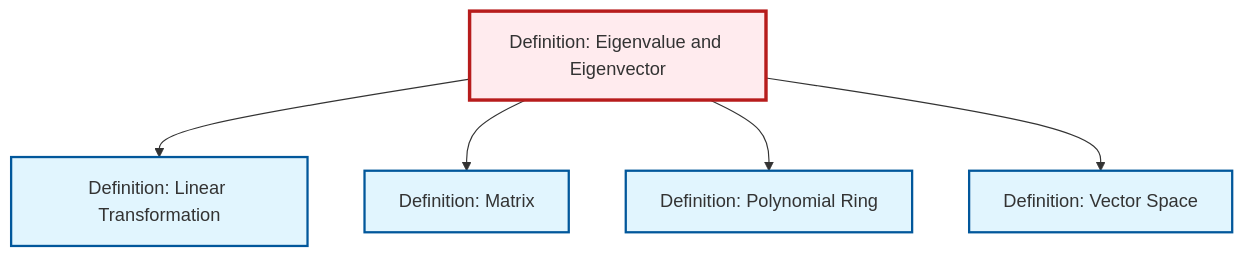
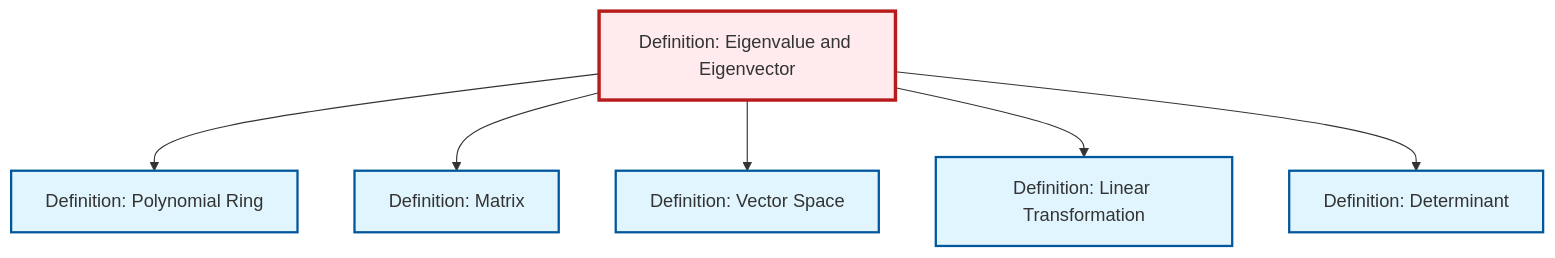
The diagram in content/ja/algebra/def-eigenvalue-eigenvector.qmd (RK0429/ModernMath), drawn with Mermaid before and after one commit. The commit also changed 531 other files, not shown here.

````diff
--- a/content/ja/algebra/def-eigenvalue-eigenvector.qmd
+++ b/content/ja/algebra/def-eigenvalue-eigenvector.qmd
@@ -77,23 +77,26 @@
 ```{mermaid}
 %%| fig-cap: "Local dependency graph"
 graph TD
     classDef definition fill:#e1f5fe,stroke:#01579b,stroke-width:2px
     classDef theorem fill:#f3e5f5,stroke:#4a148c,stroke-width:2px
     classDef axiom fill:#fff3e0,stroke:#e65100,stroke-width:2px
     classDef example fill:#e8f5e9,stroke:#1b5e20,stroke-width:2px
     classDef current fill:#ffebee,stroke:#b71c1c,stroke-width:3px
+    def-determinant["Definition: Determinant"]:::definition
+    def-linear-transformation["Definition: Linear Transformation"]:::definition
     def-eigenvalue-eigenvector["Definition: Eigenvalue and Eigenvector"]:::definition
     def-vector-space["Definition: Vector Space"]:::definition
     def-matrix["Definition: Matrix"]:::definition
-    def-linear-transformation["Definition: Linear Transformation"]:::definition
     def-polynomial-ring["Definition: Polynomial Ring"]:::definition
+    def-eigenvalue-eigenvector --> def-polynomial-ring
+    def-eigenvalue-eigenvector --> def-matrix
+    def-eigenvalue-eigenvector --> def-vector-space
     def-eigenvalue-eigenvector --> def-linear-transformation
-    def-eigenvalue-eigenvector --> def-matrix
-    def-eigenvalue-eigenvector --> def-polynomial-ring
-    def-eigenvalue-eigenvector --> def-vector-space
+    def-eigenvalue-eigenvector --> def-determinant
     class def-eigenvalue-eigenvector current
+    click def-determinant "def-determinant.html" "Definition: Determinantへ"
+    click def-linear-transformation "def-linear-transformation.html" "Definition: Linear Transformationへ"
     click def-vector-space "def-vector-space.html" "Definition: Vector Spaceへ"
     click def-matrix "def-matrix.html" "Definition: Matrixへ"
-    click def-linear-transformation "def-linear-transformation.html" "Definition: Linear Transformationへ"
     click def-polynomial-ring "def-polynomial-ring.html" "Definition: Polynomial Ringへ"
 ```
````
